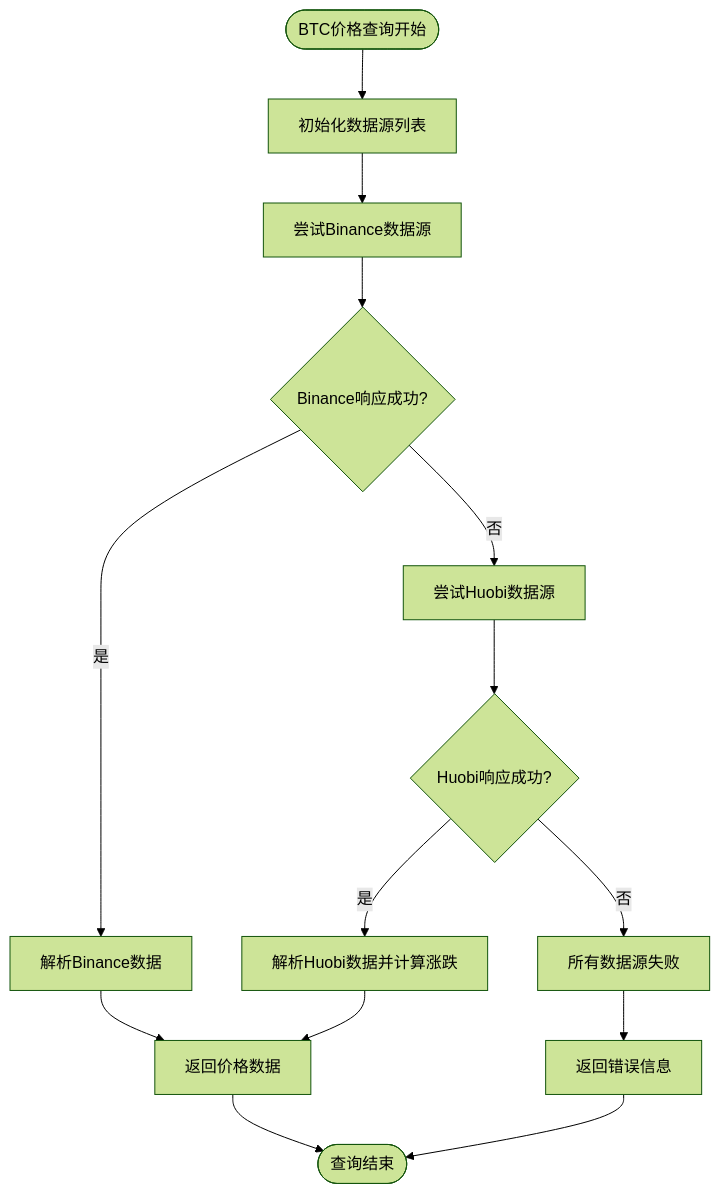
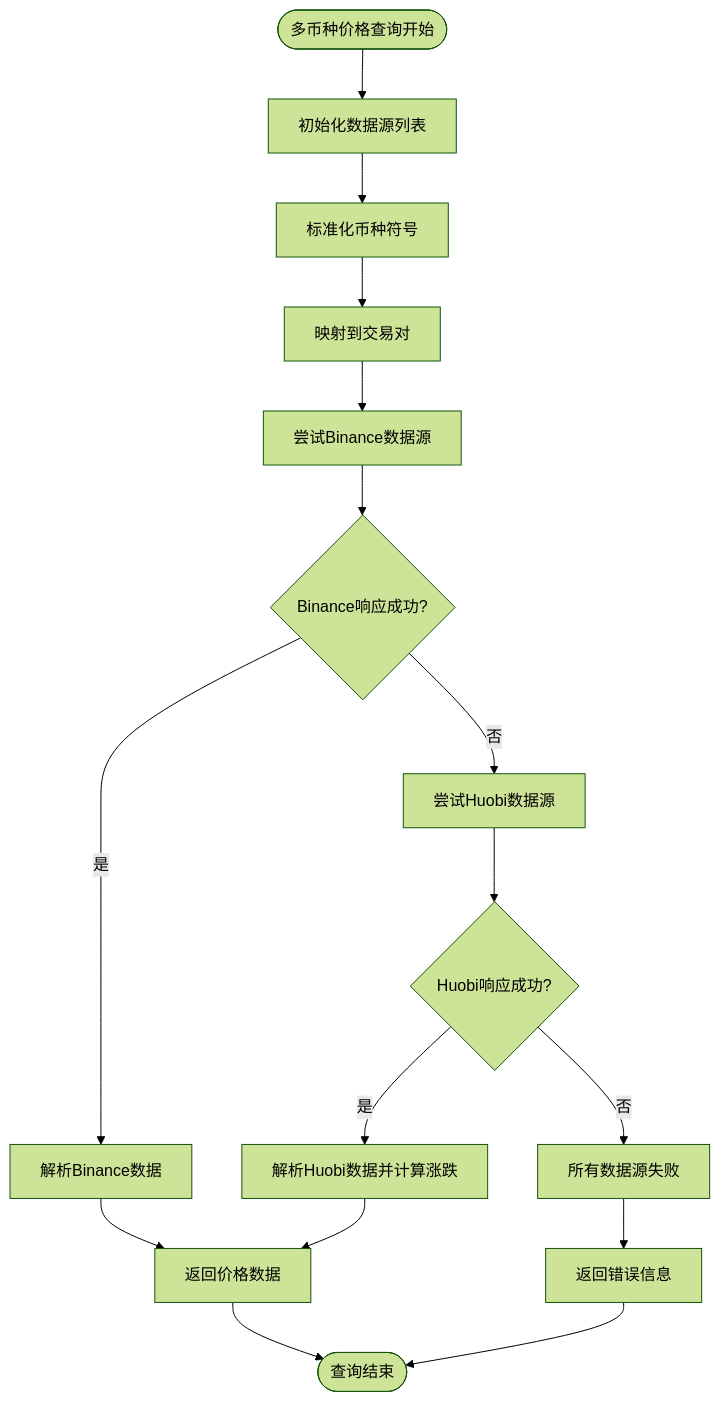
Before and after one commit to CryptoLinxu/Web3-AI-Agent: the ninth of 12 diagrams in .qoder/repowiki/zh/content/Web3工具集成/核心Web3工具实现/BTC价格查询工具.md, drawn with Mermaid (forest theme). The commit also changed other lines of this file and 9 other files, not shown here.

````diff
--- a/.qoder/repowiki/zh/content/Web3工具集成/核心Web3工具实现/BTC价格查询工具.md
+++ b/.qoder/repowiki/zh/content/Web3工具集成/核心Web3工具实现/BTC价格查询工具.md
@@ -372,16 +402,18 @@
 ```mermaid
 flowchart TD
-Start([BTC价格查询开始]) --> InitSources[初始化数据源列表]
-InitSources --> TryBinance[尝试Binance数据源]
+Start([多币种价格查询开始]) --> InitSources[初始化数据源列表]
+InitSources --> NormalizeSymbol[标准化币种符号]
+NormalizeSymbol --> MapTradingPair[映射到交易对]
+MapTradingPair --> TryBinance[尝试Binance数据源]
 TryBinance --> BinanceSuccess{Binance响应成功?}
 BinanceSuccess --> |是| ParseBinance[解析Binance数据]
 BinanceSuccess --> |否| TryHuobi[尝试Huobi数据源]
 ParseBinance --> ReturnResult[返回价格数据]
 TryHuobi --> HuobiSuccess{Huobi响应成功?}
 HuobiSuccess --> |是| ParseHuobi[解析Huobi数据并计算涨跌]
 HuobiSuccess --> |否| AllFailed[所有数据源失败]
 ParseHuobi --> ReturnResult
 AllFailed --> ReturnError[返回错误信息]
 ReturnResult --> End([查询结束])
 ReturnError --> End
 ```
````
